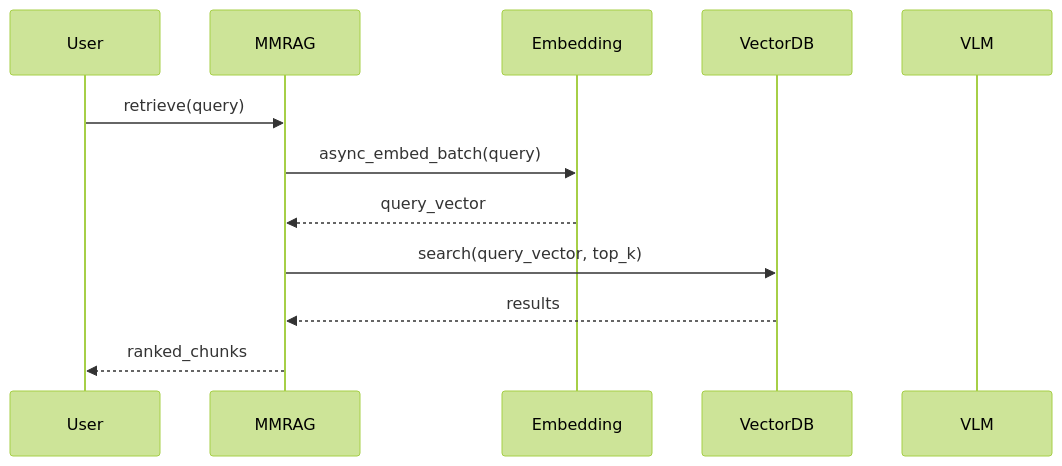
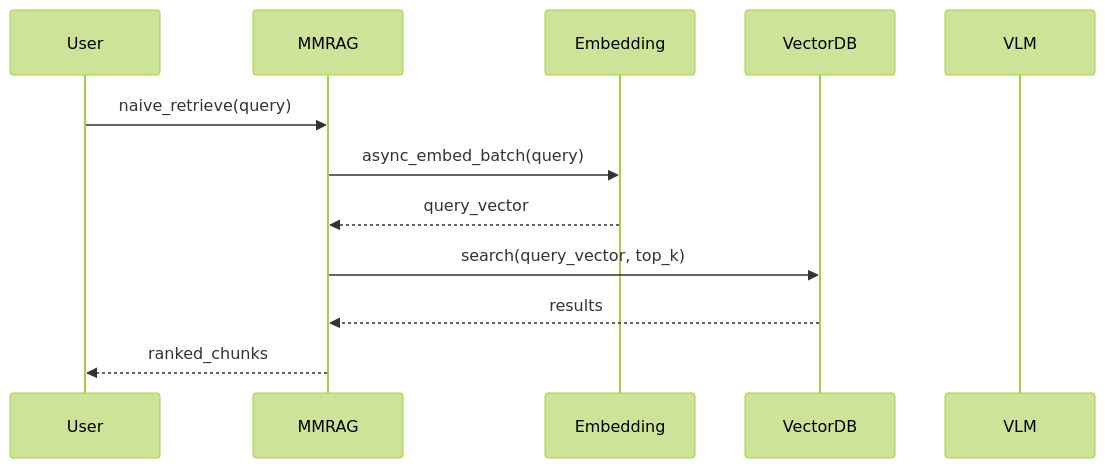
One commit to MmMmaru/Medical-Agentic-RAG changed the second of 3 diagrams in docs/architecture.md. Above: the diagram before and after it, drawn with Mermaid (forest theme). The commit also changed other lines of this file and 26 other files, not shown here.

````diff
--- a/docs/architecture.md
+++ b/docs/architecture.md
@@ -170,15 +265,15 @@
 ```mermaid
 sequenceDiagram
     participant User
     participant MMRAG
     participant Embedding
     participant VectorDB
     participant VLM
 
-    User->>MMRAG: retrieve(query)
+    User->>MMRAG: naive_retrieve(query)
     MMRAG->>Embedding: async_embed_batch(query)
     Embedding-->>MMRAG: query_vector
     MMRAG->>VectorDB: search(query_vector, top_k)
     VectorDB-->>MMRAG: results
     MMRAG-->>User: ranked_chunks
 ```
````
